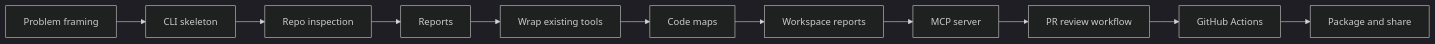
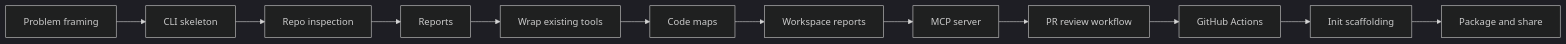
One commit to BASHBOP/otito changed the second of 3 diagrams in docs/youtube-build-guide.md. Above: the diagram before and after it, drawn with Mermaid (dark theme). The commit also changed other lines of this file and 6 other files, not shown here.

Commit message:
Add init scaffolding for PR automation

````diff
--- a/docs/youtube-build-guide.md
+++ b/docs/youtube-build-guide.md
@@ -75,13 +76,14 @@
 ```mermaid
 flowchart LR
   Start["Problem framing"] --> CLI["CLI skeleton"]
   CLI --> Inspect["Repo inspection"]
   Inspect --> Reports["Reports"]
   Reports --> Wrappers["Wrap existing tools"]
   Wrappers --> CodeMap["Code maps"]
   CodeMap --> Workspace["Workspace reports"]
   Workspace --> MCP["MCP server"]
   MCP --> PR["PR review workflow"]
   PR --> Actions["GitHub Actions"]
-  Actions --> Package["Package and share"]
+  Actions --> Init["Init scaffolding"]
+  Init --> Package["Package and share"]
 ```
````
